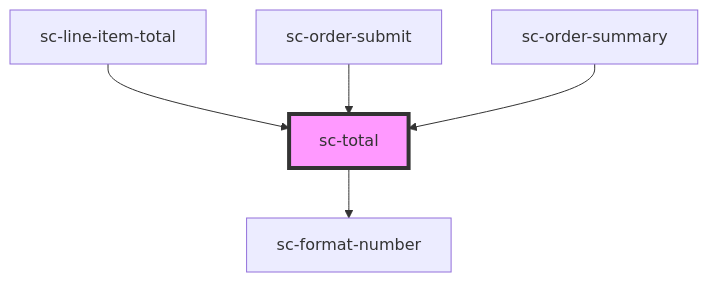
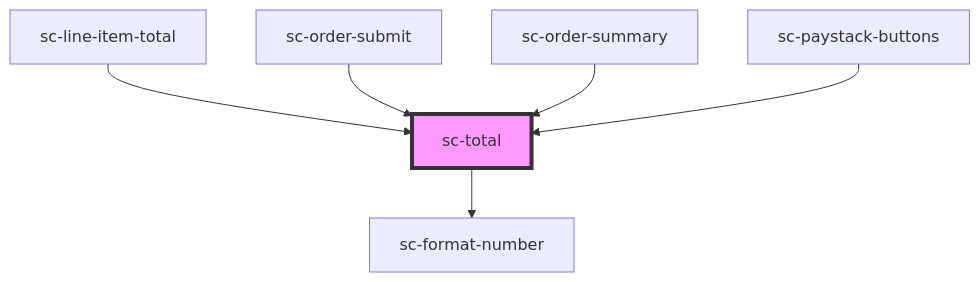
Before and after one commit to surecart/surecart-wp-plugin: the diagram in packages/components/src/components/controllers/checkout-form/total/readme.md, drawn with Mermaid. The commit also changed other lines of this file and 8 other files, not shown here.

````diff
--- a/packages/components/src/components/controllers/checkout-form/total/readme.md
+++ b/packages/components/src/components/controllers/checkout-form/total/readme.md
@@ -29,8 +30,9 @@
 ```mermaid
 graph TD;
   sc-total --> sc-format-number
   sc-line-item-total --> sc-total
   sc-order-submit --> sc-total
   sc-order-summary --> sc-total
+  sc-paystack-buttons --> sc-total
   style sc-total fill:#f9f,stroke:#333,stroke-width:4px
 ```
````
